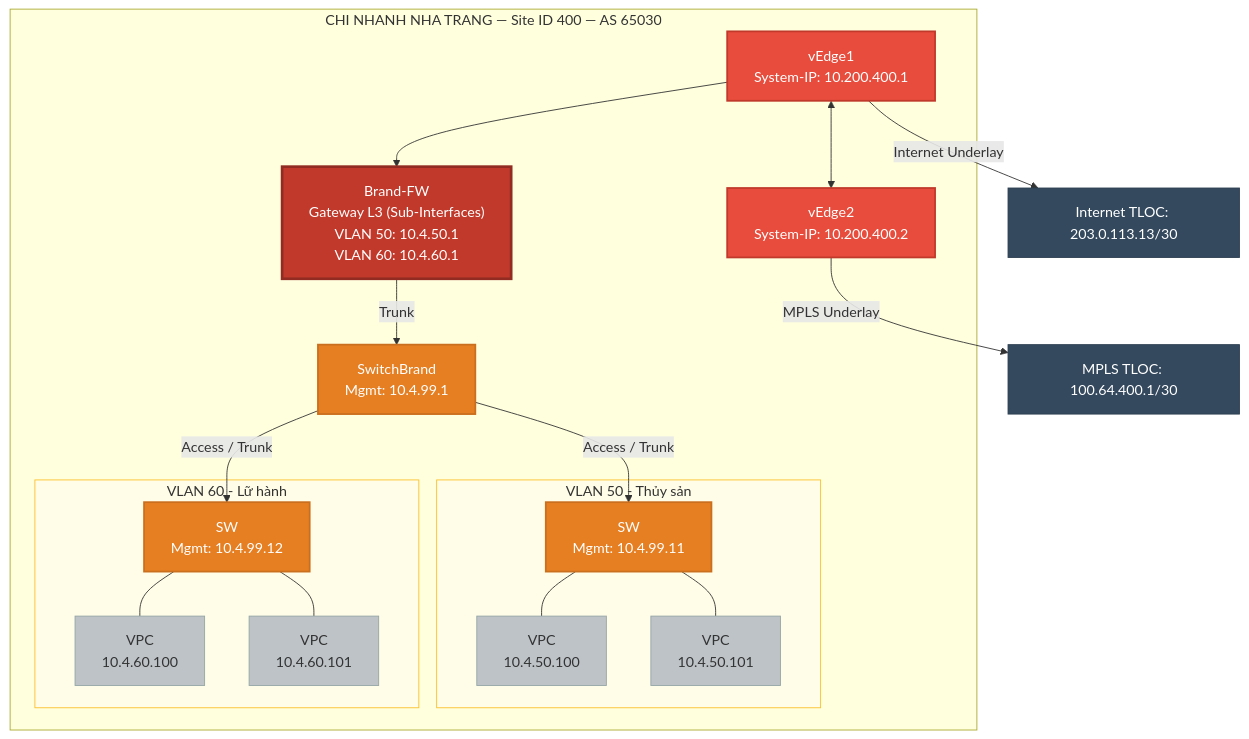
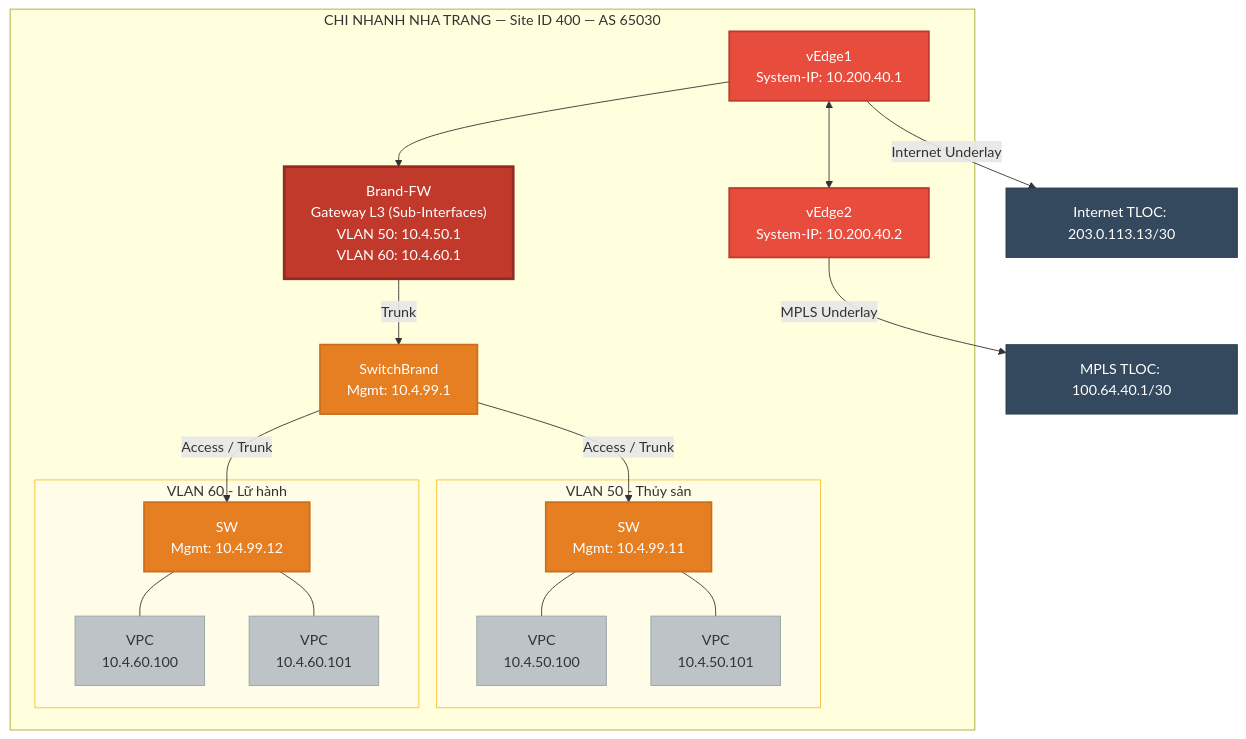
One commit to nhanhuutran007/Campus_Network_SDN_SD-WAN changed the sixth of 6 diagrams in campus_network_sdn_sdwan.md. Above: the diagram before and after it, drawn with Mermaid. The commit also changed other lines of this file and 17 other files, not shown here.

````diff
--- a/campus_network_sdn_sdwan.md
+++ b/campus_network_sdn_sdwan.md
@@ -541,50 +541,50 @@
 ```mermaid
 graph TB
     subgraph NT_SITE["CHI NHANH NHA TRANG — Site ID 400 — AS 65030"]
-        CEDGE400_1["vEdge1<br/>System-IP: 10.200.400.1"]
-        CEDGE400_2["vEdge2<br/>System-IP: 10.200.400.2"]
+        CEDGE400_1["vEdge1<br/>System-IP: 10.200.40.1"]
+        CEDGE400_2["vEdge2<br/>System-IP: 10.200.40.2"]
 
         FW_NT["Brand-FW<br/>Gateway L3 (Sub-Interfaces)<br/>VLAN 50: 10.4.50.1<br/>VLAN 60: 10.4.60.1"]
 
         SW_B_NT["SwitchBrand<br/>Mgmt: 10.4.99.1"]
         
         subgraph NT_VLAN50["VLAN 50 - Thủy sản"]
             SW_A_NT["SW<br/>Mgmt: 10.4.99.11"]
             VPC1["VPC<br/>10.4.50.100"]
             VPC2["VPC<br/>10.4.50.101"]
         end
 
         subgraph NT_VLAN60["VLAN 60 - Lữ hành"]
             SW_B2_NT["SW<br/>Mgmt: 10.4.99.12"]
             VPC3["VPC<br/>10.4.60.100"]
             VPC4["VPC<br/>10.4.60.101"]
         end
 
         CEDGE400_1 <--> CEDGE400_2
         CEDGE400_1 --> FW_NT
         FW_NT -->|"Trunk"| SW_B_NT
         SW_B_NT -->|"Access / Trunk"| SW_A_NT
         SW_B_NT -->|"Access / Trunk"| SW_B2_NT
         SW_A_NT --- VPC1
         SW_A_NT --- VPC2
         SW_B2_NT --- VPC3
         SW_B2_NT --- VPC4
     end
 
     CEDGE400_1 -->|"Internet Underlay"| WAN_NT["Internet TLOC: 203.0.113.13/30"]
-    CEDGE400_2 -->|"MPLS Underlay"| MPLS_NT["MPLS TLOC: 100.64.400.1/30"]
+    CEDGE400_2 -->|"MPLS Underlay"| MPLS_NT["MPLS TLOC: 100.64.40.1/30"]
 
     classDef edge fill:#E74C3C,stroke:#C0392B,color:#fff,stroke-width:2px
     classDef fw fill:#C0392B,stroke:#922B21,color:#fff,stroke-width:3px
     classDef acc fill:#E67E22,stroke:#CA6F1E,color:#fff,stroke-width:2px
     classDef pc fill:#BDC3C7,stroke:#95A5A6,color:#333
     classDef wan fill:#34495E,stroke:#2C3E50,color:#fff
     classDef vlangroup fill:#fffde7,stroke:#fbc02d,color:#333
 
     class CEDGE400_1,CEDGE400_2 edge
     class FW_NT fw
     class SW_B_NT,SW_A_NT,SW_B2_NT acc
     class VPC1,VPC2,VPC3,VPC4 pc
     class WAN_NT,MPLS_NT wan
     class NT_VLAN50,NT_VLAN60 vlangroup
 ```
````
